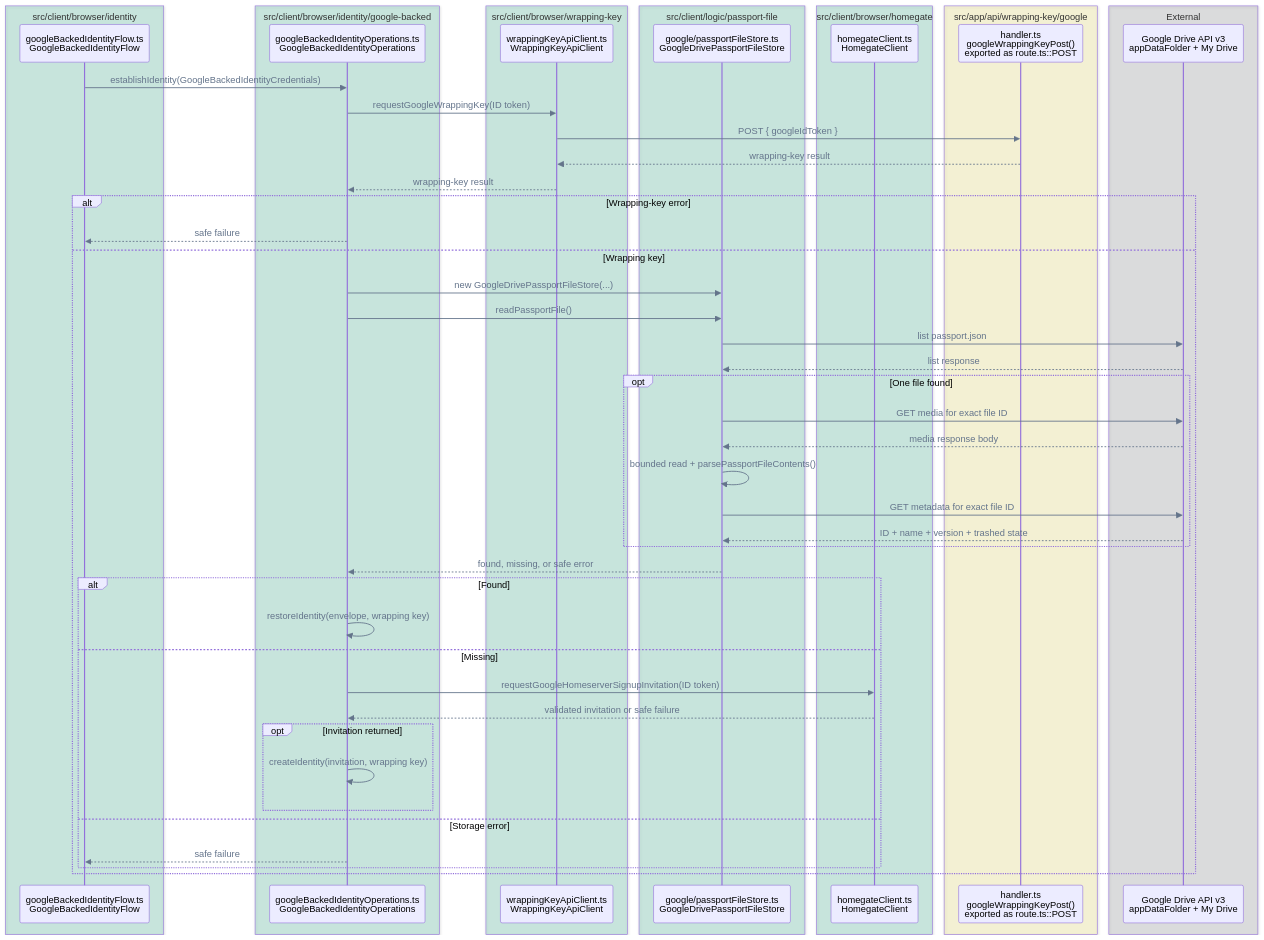
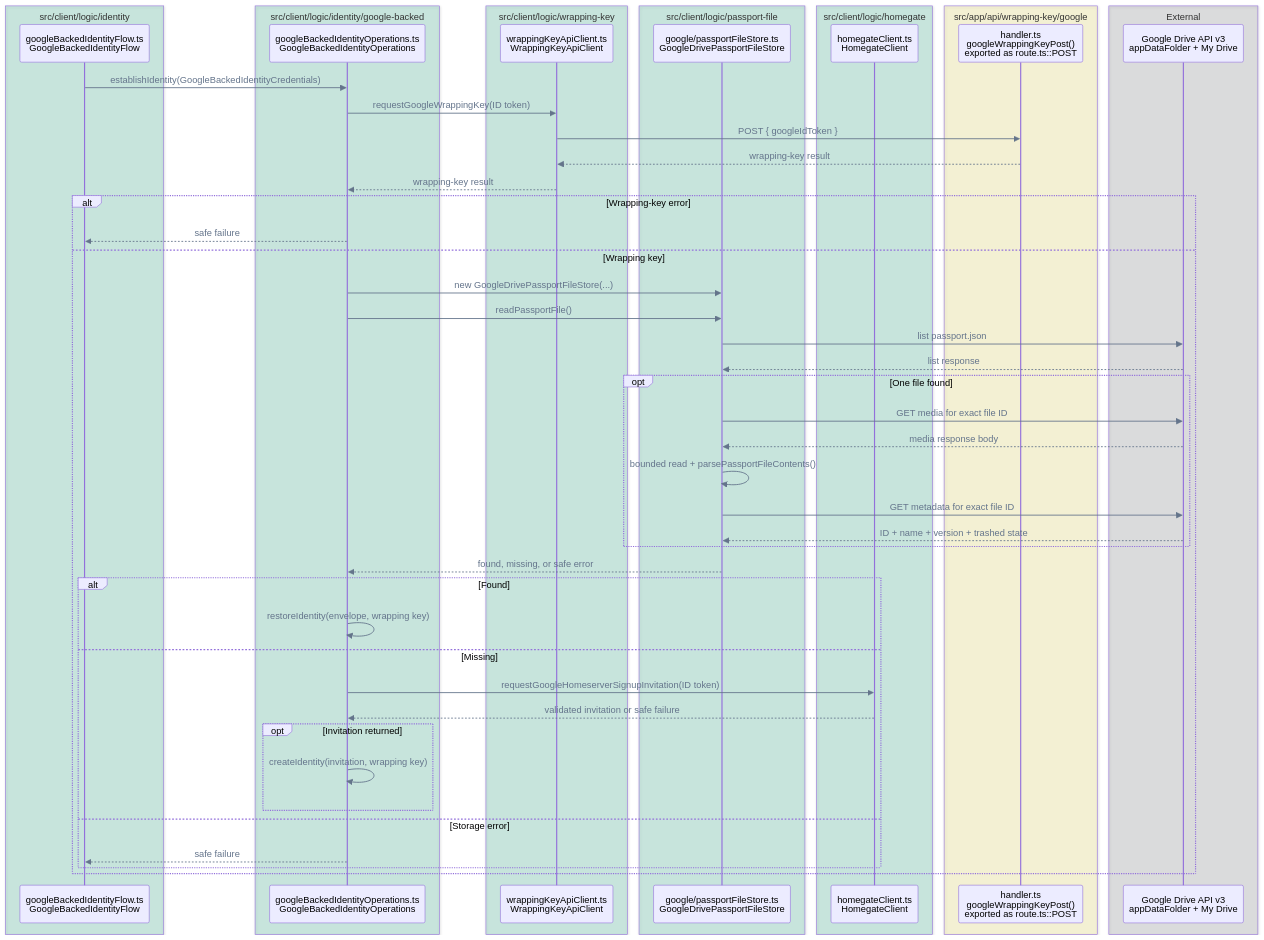
Before and after one commit to pubky/pubky-passport: the eighth of 14 diagrams in FLOWS.md, drawn with Mermaid. The commit also changed other lines of this file and 51 other files, not shown here.

````diff
--- a/FLOWS.md
+++ b/FLOWS.md
@@ -340,60 +340,60 @@
 ```mermaid
 %%{init: {"themeVariables": {"signalColor": "#64748B", "signalTextColor": "#64748B"}}}%%
 sequenceDiagram
     accTitle: Google-backed custody/recovery establishment call flow
     accDescr: GoogleBackedIdentityOperations requests a wrapping key, reads the Google Drive Passport file, and dispatches a found file to restore or requests a Homegate invitation before creating a missing identity, without passing the wrapping key to Drive storage.
-    box rgba(0, 158, 115, 0.18) src/client/browser/identity
+    box rgba(0, 158, 115, 0.18) src/client/logic/identity
         participant GoogleFlow as googleBackedIdentityFlow.ts<br/>GoogleBackedIdentityFlow
     end
-    box rgba(0, 158, 115, 0.18) src/client/browser/identity/google-backed
+    box rgba(0, 158, 115, 0.18) src/client/logic/identity/google-backed
         participant Operations as googleBackedIdentityOperations.ts<br/>GoogleBackedIdentityOperations
     end
-    box rgba(0, 158, 115, 0.18) src/client/browser/wrapping-key
+    box rgba(0, 158, 115, 0.18) src/client/logic/wrapping-key
         participant Wrapping as wrappingKeyApiClient.ts<br/>WrappingKeyApiClient
     end
     box rgba(0, 158, 115, 0.18) src/client/logic/passport-file
         participant DriveStore as google/passportFileStore.ts<br/>GoogleDrivePassportFileStore
     end
-    box rgba(0, 158, 115, 0.18) src/client/browser/homegate
+    box rgba(0, 158, 115, 0.18) src/client/logic/homegate
         participant Invite as homegateClient.ts<br/>HomegateClient
     end
     box rgba(240, 228, 66, 0.18) src/app/api/wrapping-key/google
         participant API as handler.ts<br/>googleWrappingKeyPost()<br/>exported as route.ts::POST
     end
     box rgba(17, 24, 39, 0.12) External
         participant Drive as Google Drive API v3<br/>appDataFolder + My Drive
     end
 
     GoogleFlow->>Operations: establishIdentity(GoogleBackedIdentityCredentials)
     Operations->>Wrapping: requestGoogleWrappingKey(ID token)
     Wrapping->>API: POST { googleIdToken }
     API-->>Wrapping: wrapping-key result
     Wrapping-->>Operations: wrapping-key result
     alt Wrapping-key error
         Operations-->>GoogleFlow: safe failure
     else Wrapping key
         Operations->>DriveStore: new GoogleDrivePassportFileStore(...)
         Operations->>DriveStore: readPassportFile()
         DriveStore->>Drive: list passport.json
         Drive-->>DriveStore: list response
         opt One file found
             DriveStore->>Drive: GET media for exact file ID
             Drive-->>DriveStore: media response body
             DriveStore->>DriveStore: bounded read + parsePassportFileContents()
             DriveStore->>Drive: GET metadata for exact file ID
             Drive-->>DriveStore: ID + name + version + trashed state
         end
         DriveStore-->>Operations: found, missing, or safe error
         alt Found
             Operations->>Operations: restoreIdentity(envelope, wrapping key)
         else Missing
             Operations->>Invite: requestGoogleHomeserverSignupInvitation(ID token)
             Invite-->>Operations: validated invitation or safe failure
             opt Invitation returned
                 Operations->>Operations: createIdentity(invitation, wrapping key)
             end
         else Storage error
             Operations-->>GoogleFlow: safe failure
         end
     end
 ```
````
